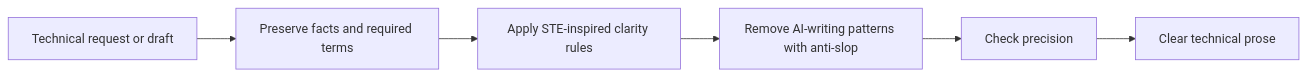
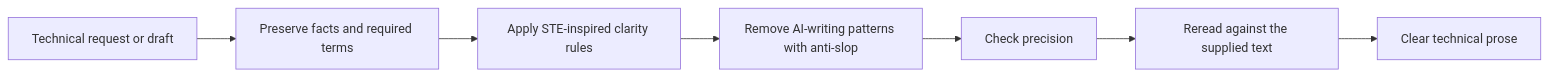
One commit to adeonir/agent-skills changed the diagram in skills/productivity/plain-spoken/README.md. Above: the diagram before and after it, drawn with Mermaid. The commit also changed other lines of this file and 3 other files, not shown here.

Commit message:
feat(plain-spoken): replace modes and checks with one flow and a change report

````diff
--- a/skills/productivity/plain-spoken/README.md
+++ b/skills/productivity/plain-spoken/README.md
@@ -7,8 +7,9 @@
 ```mermaid
 flowchart LR
     R[Technical request or draft] --> C[Preserve facts and required terms]
     C --> S[Apply STE-inspired clarity rules]
     S --> A[Remove AI-writing patterns with anti-slop]
     A --> P[Check precision]
-    P --> O[Clear technical prose]
+    P --> D[Reread against the supplied text]
+    D --> O[Clear technical prose]
 ```
````
